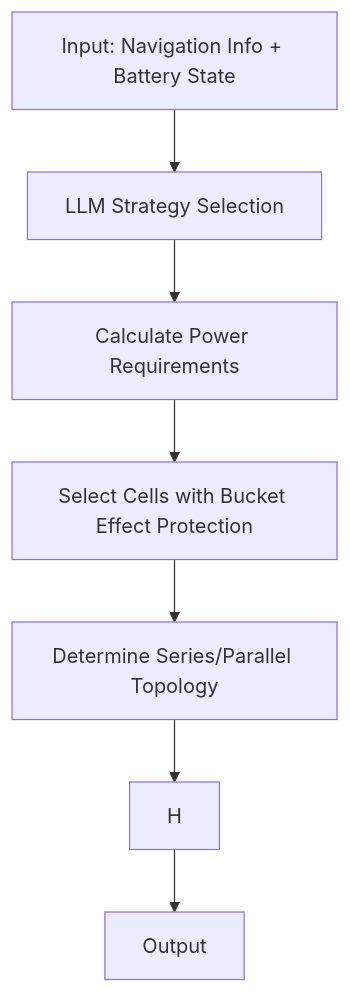
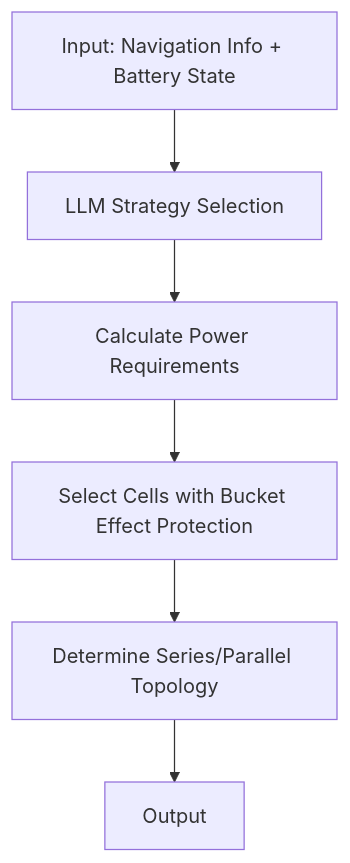
One commit to SixA1024-stu/skills changed the diagram in drbp-balanced-discharge/SKILL.md. Above: the diagram before and after it, drawn with Mermaid. The commit also changed other lines of this file, not shown here.

````diff
--- a/drbp-balanced-discharge/SKILL.md
+++ b/drbp-balanced-discharge/SKILL.md
@@ -22,9 +22,8 @@
 ```mermaid
 graph TD
     A[Input: Navigation Info + Battery State] --> B[LLM Strategy Selection]
     B --> C[Calculate Power Requirements]
     C --> D[Select Cells with Bucket Effect Protection]
     D --> E[Determine Series/Parallel Topology]
-    E --> H
-    H --> J[Output]
+    E --> F[Output] 
 ```
````
